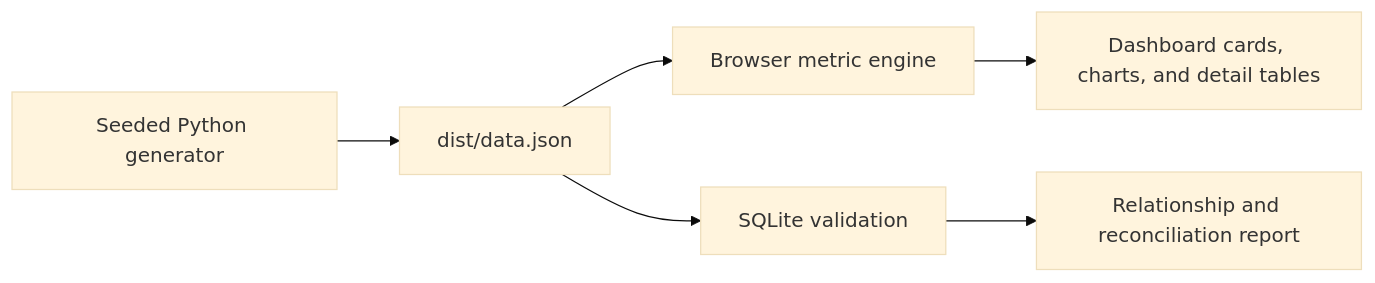
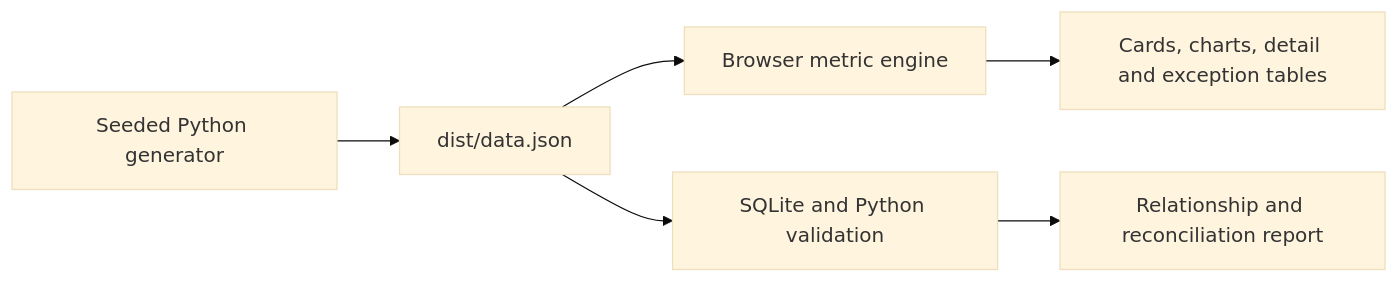
The diagram in README.md (hmantovani/finance-sales-cockpit), drawn with Mermaid (base theme) before and after one commit. The commit also changed other lines of this file and 13 other files, not shown here.

````diff
--- a/README.md
+++ b/README.md
@@ -28,8 +29,8 @@
 ```mermaid
 flowchart LR
   A[Seeded Python generator] --> B[dist/data.json]
   B --> C[Browser metric engine]
-  C --> D[Dashboard cards, charts, and detail tables]
-  B --> E[SQLite validation]
+  C --> D[Cards, charts, detail and exception tables]
+  B --> E[SQLite and Python validation]
   E --> F[Relationship and reconciliation report]
 ```
````
